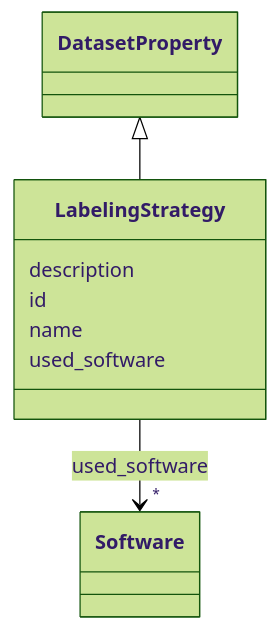
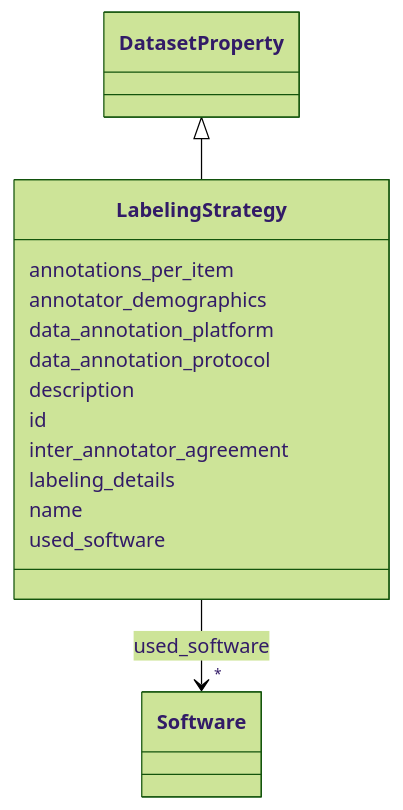
One commit to bridge2ai/data-sheets-schema changed the diagram in docs/LabelingStrategy.md. Above: the diagram before and after it, drawn with Mermaid (forest theme). The commit also changed other lines of this file and 682 other files, not shown here.

````diff
--- a/docs/LabelingStrategy.md
+++ b/docs/LabelingStrategy.md
@@ -20,26 +20,38 @@
 ```mermaid
  classDiagram
     class LabelingStrategy
     click LabelingStrategy href "../LabelingStrategy/"
       DatasetProperty <|-- LabelingStrategy
         click DatasetProperty href "../DatasetProperty/"
       
+      LabelingStrategy : annotations_per_item
+        
+      LabelingStrategy : annotator_demographics
+        
+      LabelingStrategy : data_annotation_platform
+        
+      LabelingStrategy : data_annotation_protocol
+        
       LabelingStrategy : description
         
       LabelingStrategy : id
+        
+      LabelingStrategy : inter_annotator_agreement
+        
+      LabelingStrategy : labeling_details
         
       LabelingStrategy : name
         
       LabelingStrategy : used_software
         
           
     
         
         
         LabelingStrategy --> "*" Software : used_software
         click Software href "../Software/"
     
 
         
       
 ```
````
